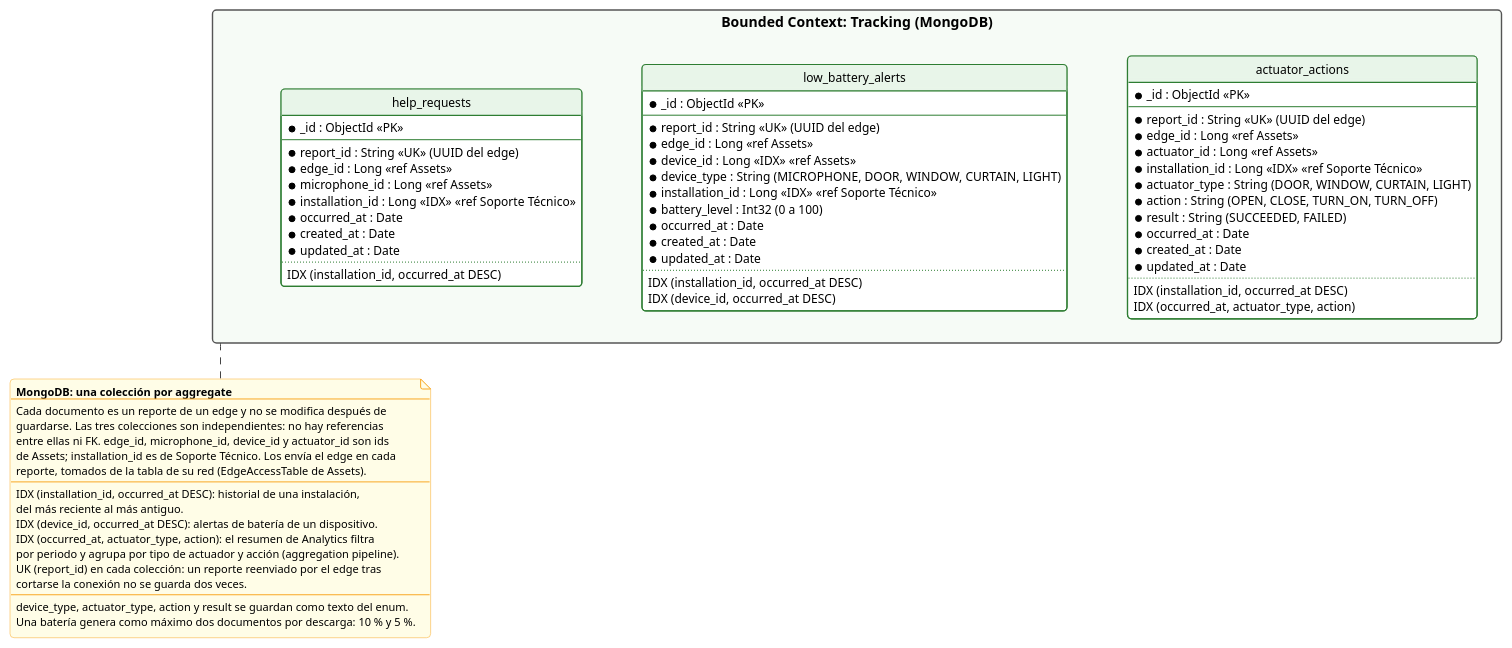
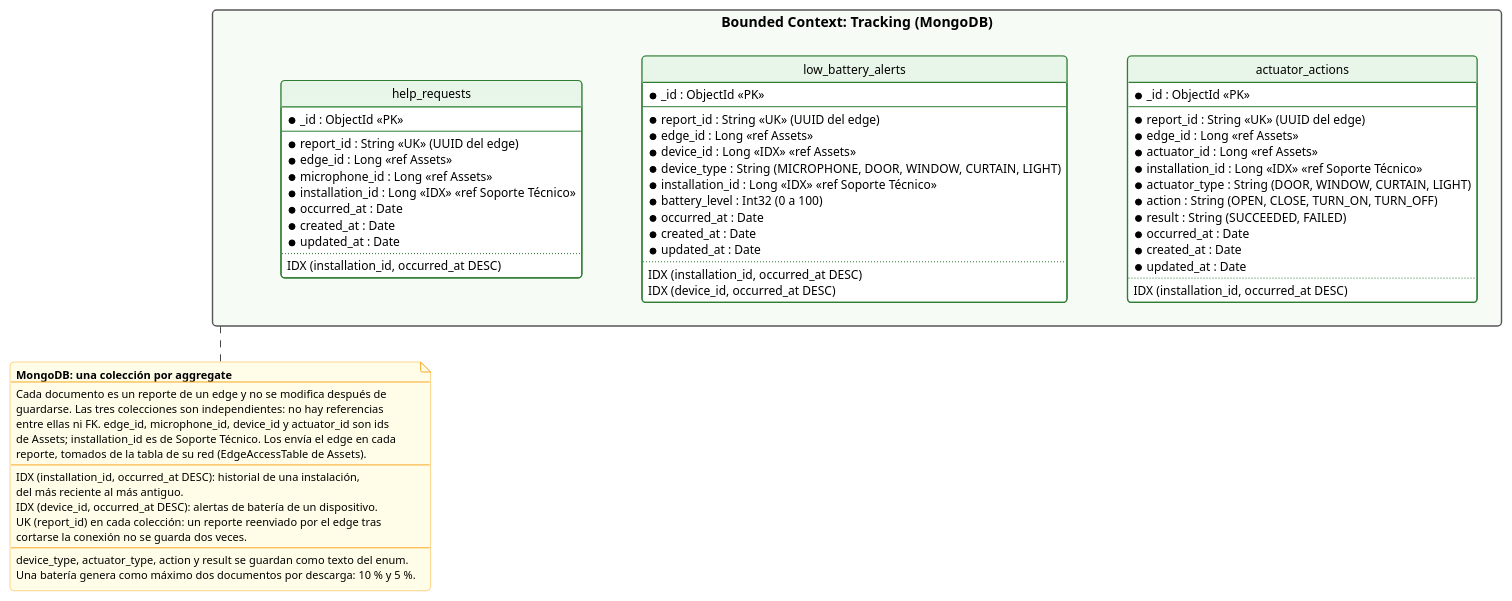
Before and after one commit to resolum/aliva-documentation: the diagram in images/diagrams/code/tracking/tracking-database-diagram.puml, drawn with PlantUML. The commit also changed 12 other files, not shown here.

Commit message:
feat(diagrams): update database diagrams to include termination reason and business metrics for enhanced tracking and analytics

```diff
--- a/images/diagrams/code/tracking/tracking-database-diagram.puml
+++ b/images/diagrams/code/tracking/tracking-database-diagram.puml
@@ -1,106 +1,103 @@
 @startuml
 hide circle
 skinparam packageStyle rectangle
 skinparam linetype ortho
 skinparam shadowing false
 skinparam roundCorner 8
 skinparam defaultFontName Arial
 skinparam defaultFontSize 12
 skinparam nodesep 60
 skinparam ranksep 60
 skinparam class {
   BackgroundColor #FFFFFF
   BorderColor #2E7D32
   BorderThickness 1.2
   HeaderBackgroundColor #E8F5E9
   ArrowColor #444444
 }
 skinparam package {
   BorderColor #555555
   FontStyle bold
   FontSize 14
   BorderThickness 1.4
 }
 skinparam note {
   BackgroundColor #FFFDE7
   BorderColor #F9A825
   FontSize 11
 }
 
 package "Bounded Context: Tracking (MongoDB)" as ctx_tracking #F6FBF6 {
 
   entity "help_requests" as help {
     * _id : ObjectId <<PK>>
     --
     * report_id : String <<UK>> (UUID del edge)
     * edge_id : Long <<ref Assets>>
     * microphone_id : Long <<ref Assets>>
     * installation_id : Long <<IDX>> <<ref Soporte Técnico>>
     * occurred_at : Date
     * created_at : Date
     * updated_at : Date
     ..
     IDX (installation_id, occurred_at DESC)
   }
 
   entity "low_battery_alerts" as battery {
     * _id : ObjectId <<PK>>
     --
     * report_id : String <<UK>> (UUID del edge)
     * edge_id : Long <<ref Assets>>
     * device_id : Long <<IDX>> <<ref Assets>>
     * device_type : String (MICROPHONE, DOOR, WINDOW, CURTAIN, LIGHT)
     * installation_id : Long <<IDX>> <<ref Soporte Técnico>>
     * battery_level : Int32 (0 a 100)
     * occurred_at : Date
     * created_at : Date
     * updated_at : Date
     ..
     IDX (installation_id, occurred_at DESC)
     IDX (device_id, occurred_at DESC)
   }
 
   entity "actuator_actions" as actions {
     * _id : ObjectId <<PK>>
     --
     * report_id : String <<UK>> (UUID del edge)
     * edge_id : Long <<ref Assets>>
     * actuator_id : Long <<ref Assets>>
     * installation_id : Long <<IDX>> <<ref Soporte Técnico>>
     * actuator_type : String (DOOR, WINDOW, CURTAIN, LIGHT)
     * action : String (OPEN, CLOSE, TURN_ON, TURN_OFF)
     * result : String (SUCCEEDED, FAILED)
     * occurred_at : Date
     * created_at : Date
     * updated_at : Date
     ..
     IDX (installation_id, occurred_at DESC)
-    IDX (occurred_at, actuator_type, action)
   }
 }
 
 note bottom of ctx_tracking
   <b>MongoDB: una colección por aggregate</b>
   --
   Cada documento es un reporte de un edge y no se modifica después de
   guardarse. Las tres colecciones son independientes: no hay referencias
   entre ellas ni FK. edge_id, microphone_id, device_id y actuator_id son ids
   de Assets; installation_id es de Soporte Técnico. Los envía el edge en cada
   reporte, tomados de la tabla de su red (EdgeAccessTable de Assets).
   --
   IDX (installation_id, occurred_at DESC): historial de una instalación,
   del más reciente al más antiguo.
   IDX (device_id, occurred_at DESC): alertas de batería de un dispositivo.
-  IDX (occurred_at, actuator_type, action): el resumen de Analytics filtra
-  por periodo y agrupa por tipo de actuador y acción (aggregation pipeline).
   UK (report_id) en cada colección: un reporte reenviado por el edge tras
   cortarse la conexión no se guarda dos veces.
   --
   device_type, actuator_type, action y result se guardan como texto del enum.
   Una batería genera como máximo dos documentos por descarga: 10 % y 5 %.
 end note
 
 help -[hidden]right- battery
 battery -[hidden]right- actions
 
 @enduml
```
